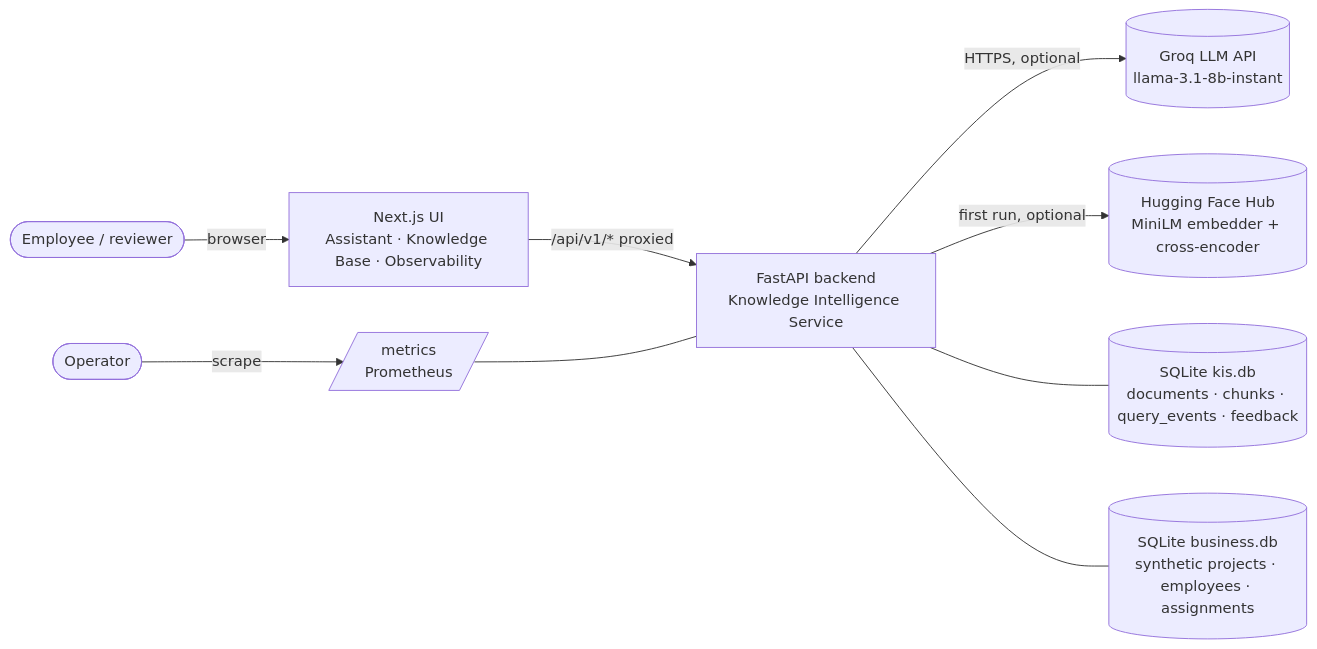
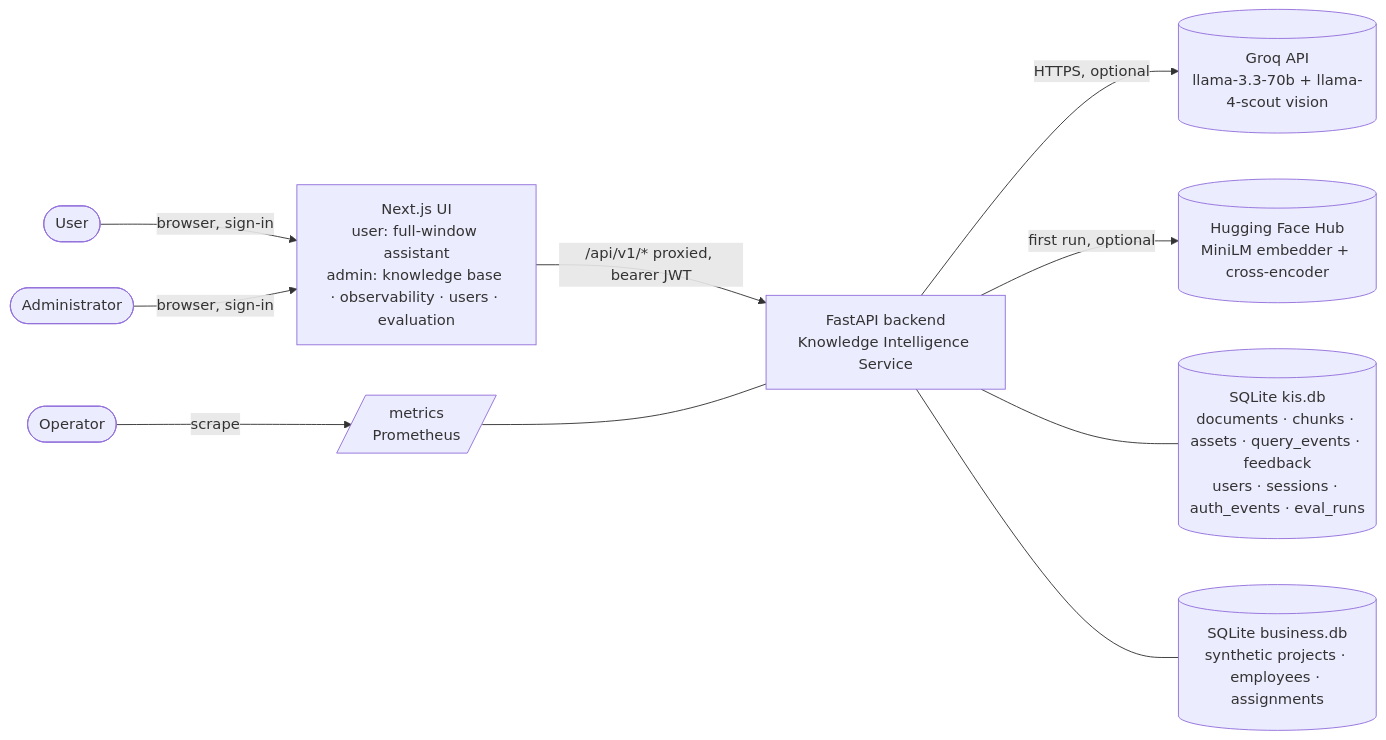
The first of 5 diagrams in docs/HLD.md (Tanushka-Sonde/HCL-hackathon), drawn with Mermaid before and after one commit. The commit also changed other lines of this file and 8 other files, not shown here.

````diff
--- a/docs/HLD.md
+++ b/docs/HLD.md
@@ -43,11 +43,12 @@
 ```mermaid
 flowchart LR
-  U([Employee / reviewer]) -->|browser| FE[Next.js UI<br/>Assistant · Knowledge Base · Observability]
-  FE -->|/api/v1/* proxied| API[FastAPI backend<br/>Knowledge Intelligence Service]
-  API -->|HTTPS, optional| GROQ[(Groq LLM API<br/>llama-3.1-8b-instant)]
+  U([User]) -->|browser, sign-in| FE[Next.js UI<br/>user: full-window assistant<br/>admin: knowledge base · observability · users · evaluation]
+  AD([Administrator]) -->|browser, sign-in| FE
+  FE -->|/api/v1/* proxied, bearer JWT| API[FastAPI backend<br/>Knowledge Intelligence Service]
+  API -->|HTTPS, optional| GROQ[(Groq API<br/>llama-3.3-70b + llama-4-scout vision)]
   API -->|first run, optional| HF[(Hugging Face Hub<br/>MiniLM embedder + cross-encoder)]
-  API --- KDB[(SQLite kis.db<br/>documents · chunks · query_events · feedback)]
+  API --- KDB[(SQLite kis.db<br/>documents · chunks · assets · query_events · feedback<br/>users · sessions · auth_events · eval_runs)]
   API --- BDB[(SQLite business.db<br/>synthetic projects · employees · assignments)]
   OPS([Operator]) -->|scrape| PROM[/metrics<br/>Prometheus/]
   PROM --- API
 ```
````
